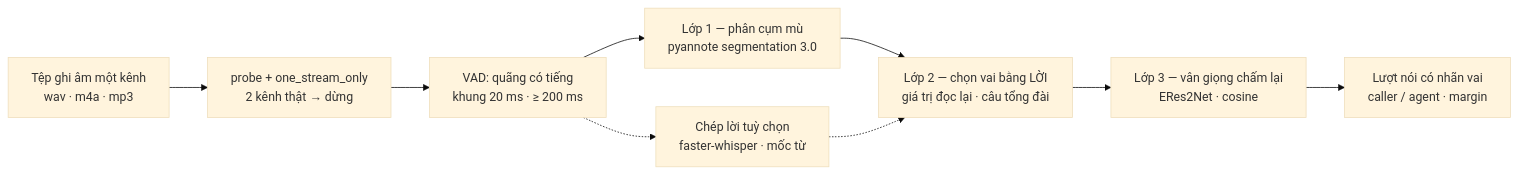
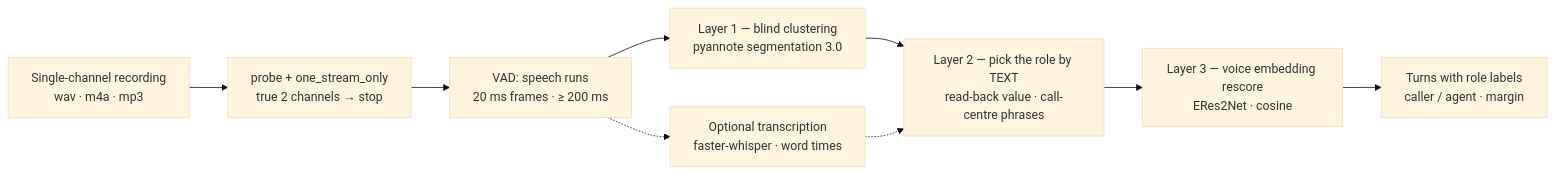
One commit to kagamikuro1024/mono-speaker-split changed the diagram in README.md. Above: the diagram before and after it, drawn with Mermaid (base theme). The commit also changed other lines of this file and 24 other files, not shown here.

````diff
--- a/README.md
+++ b/README.md
@@ -27,11 +30,11 @@
 ```mermaid
 flowchart LR
-    F[Tệp ghi âm một kênh<br/>wav · m4a · mp3] --> P[probe + one_stream_only<br/>2 kênh thật → dừng]
-    P --> V[VAD: quãng có tiếng<br/>khung 20 ms · ≥ 200 ms]
-    V --> L1[Lớp 1 — phân cụm mù<br/>pyannote segmentation 3.0]
-    V -.-> A[Chép lời tuỳ chọn<br/>faster-whisper · mốc từ]
-    L1 --> L2[Lớp 2 — chọn vai bằng LỜI<br/>giá trị đọc lại · câu tổng đài]
+    F[Single-channel recording<br/>wav · m4a · mp3] --> P[probe + one_stream_only<br/>true 2 channels → stop]
+    P --> V[VAD: speech runs<br/>20 ms frames · ≥ 200 ms]
+    V --> L1[Layer 1 — blind clustering<br/>pyannote segmentation 3.0]
+    V -.-> A[Optional transcription<br/>faster-whisper · word times]
+    L1 --> L2[Layer 2 — pick the role by TEXT<br/>read-back value · call-centre phrases]
     A -.-> L2
-    L2 --> L3[Lớp 3 — vân giọng chấm lại<br/>ERes2Net · cosine]
-    L3 --> R[Lượt nói có nhãn vai<br/>caller / agent · margin]
+    L2 --> L3[Layer 3 — voice embedding rescore<br/>ERes2Net · cosine]
+    L3 --> R[Turns with role labels<br/>caller / agent · margin]
 ```
````
